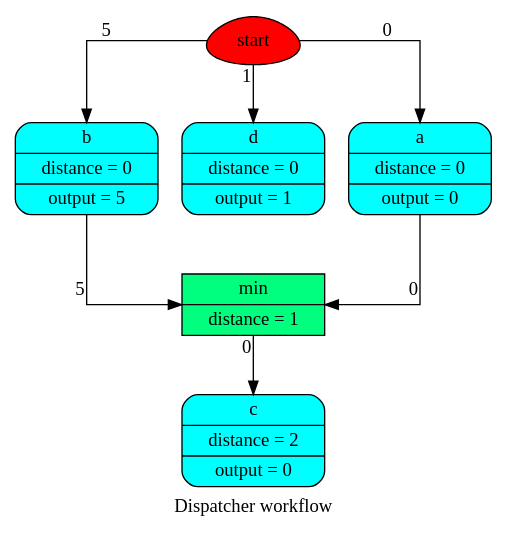
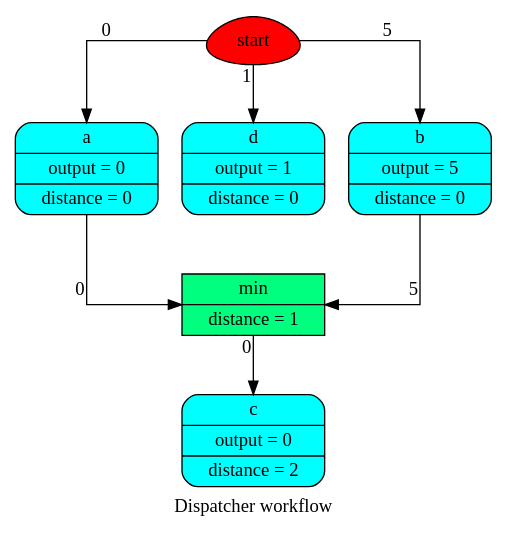
One commit to vinci1it2000/schedula changed the diagram in doc/dispatcher/__init__/dispatch/wf2.dot. Above: the diagram before and after it, drawn with Graphviz. The commit also changed 27 other files, not shown here.

```diff
--- a/doc/dispatcher/__init__/dispatch/wf2.dot
+++ b/doc/dispatcher/__init__/dispatch/wf2.dot
@@ -1,18 +1,18 @@
 digraph Dispatcher {
 	graph [ratio=1]
 	node [style=filled]
+	label = "Dispatcher workflow"
 	splines = ortho
-	label = "Dispatcher workflow"
-		Dispatcher_4373676344 [label=start fillcolor=red shape=egg]
-		"Dispatcher_-4863238121632644504" [label="{ b | distance = 0 | output = 5 }" fillcolor=cyan shape=Mrecord]
-		Dispatcher_3770360551220572883 [label="{ min | distance = 1 }" fillcolor=springgreen shape=record]
-		"Dispatcher_-7525193253846915964" [label="{ c | distance = 2 | output = 0 }" fillcolor=cyan shape=Mrecord]
-		Dispatcher_2204486394149653195 [label="{ d | distance = 0 | output = 1 }" fillcolor=cyan shape=Mrecord]
-		Dispatcher_5281915415694126460 [label="{ a | distance = 0 | output = 0 }" fillcolor=cyan shape=Mrecord]
-			"Dispatcher_-4863238121632644504" -> Dispatcher_3770360551220572883 [xlabel=5]
-			Dispatcher_3770360551220572883 -> "Dispatcher_-7525193253846915964" [xlabel=0]
-			Dispatcher_4373676344 -> "Dispatcher_-4863238121632644504" [xlabel=5]
-			Dispatcher_4373676344 -> Dispatcher_2204486394149653195 [xlabel=1]
-			Dispatcher_4373676344 -> Dispatcher_5281915415694126460 [xlabel=0]
-			Dispatcher_5281915415694126460 -> Dispatcher_3770360551220572883 [xlabel=0]
+		Dispatcher_78709768 [label=start fillcolor=red shape=egg]
+		Dispatcher_5285838715725610368 [label="{ a | output = 0 | distance = 0 }" fillcolor=cyan shape=Mrecord]
+		"Dispatcher_-4776872530784439559" [label="{ d | output = 1 | distance = 0 }" fillcolor=cyan shape=Mrecord]
+		Dispatcher_842756815190668186 [label="{ b | output = 5 | distance = 0 }" fillcolor=cyan shape=Mrecord]
+		"Dispatcher_-2964974125178634454" [label="{ min | distance = 1 }" fillcolor=springgreen shape=record]
+		"Dispatcher_-1283898629557077595" [label="{ c | output = 0 | distance = 2 }" fillcolor=cyan shape=Mrecord]
+			Dispatcher_5285838715725610368 -> "Dispatcher_-2964974125178634454" [xlabel=0]
+			Dispatcher_78709768 -> Dispatcher_5285838715725610368 [xlabel=0]
+			Dispatcher_78709768 -> "Dispatcher_-4776872530784439559" [xlabel=1]
+			Dispatcher_78709768 -> Dispatcher_842756815190668186 [xlabel=5]
+			Dispatcher_842756815190668186 -> "Dispatcher_-2964974125178634454" [xlabel=5]
+			"Dispatcher_-2964974125178634454" -> "Dispatcher_-1283898629557077595" [xlabel=0]
 }
```
